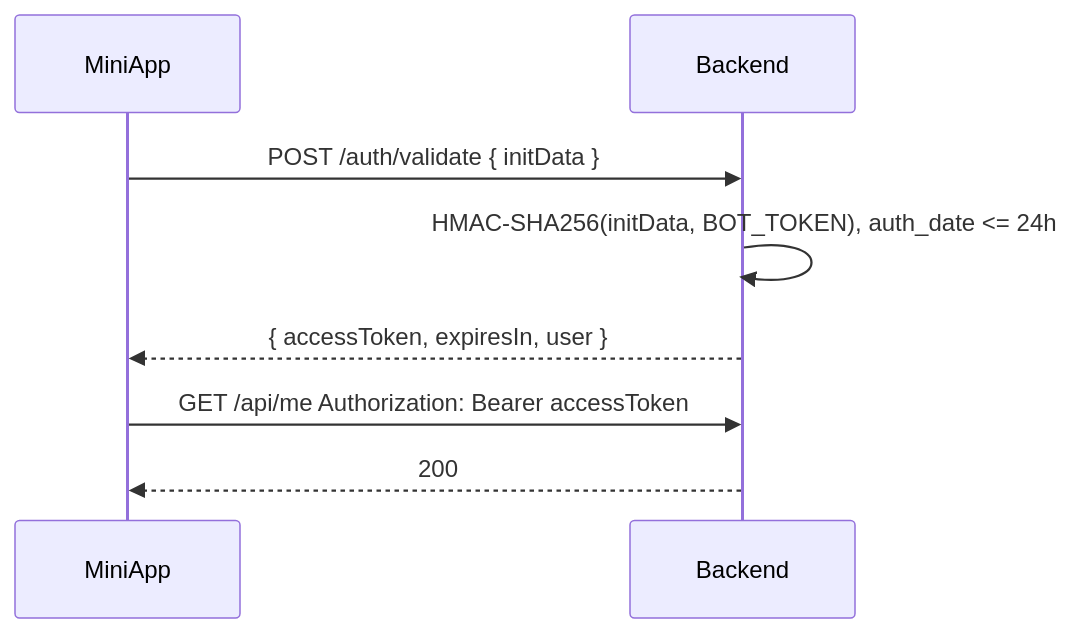
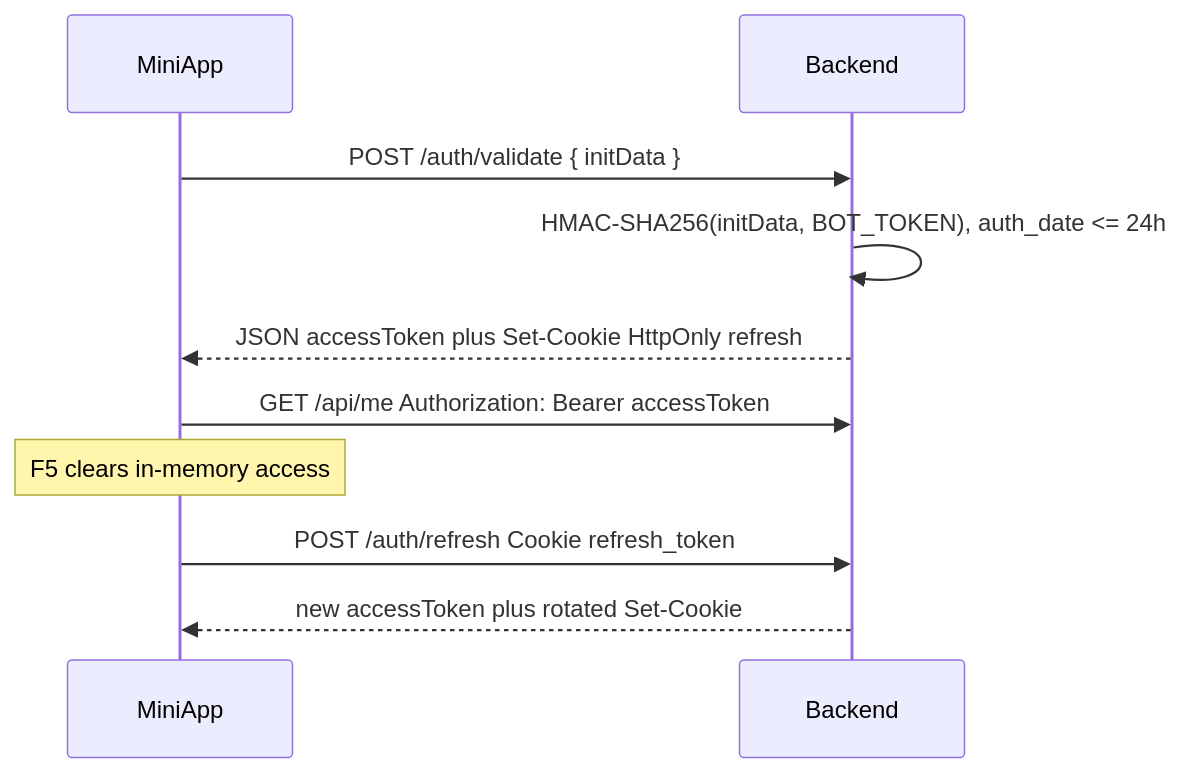
The diagram in docs/backend/api.md (Calrission/melist), drawn with Mermaid before and after one commit. The commit also changed other lines of this file and 73 other files, not shown here.

````diff
--- a/docs/backend/api.md
+++ b/docs/backend/api.md
@@ -18,10 +20,12 @@
 ```mermaid
 sequenceDiagram
   participant App as MiniApp
   participant Api as Backend
   App->>Api: POST /auth/validate { initData }
   Api->>Api: HMAC-SHA256(initData, BOT_TOKEN), auth_date <= 24h
-  Api-->>App: { accessToken, expiresIn, user }
+  Api-->>App: JSON accessToken plus Set-Cookie HttpOnly refresh
   App->>Api: GET /api/me  Authorization: Bearer accessToken
-  Api-->>App: 200
+  Note over App: F5 clears in-memory access
+  App->>Api: POST /auth/refresh Cookie refresh_token
+  Api-->>App: new accessToken plus rotated Set-Cookie
 ```
````
